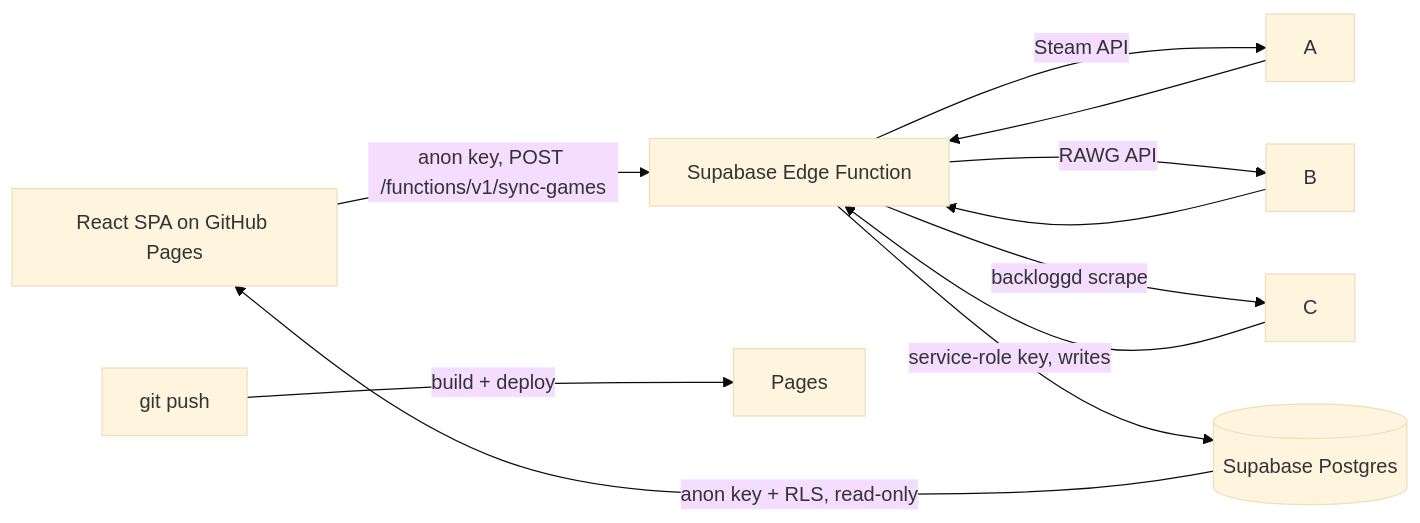
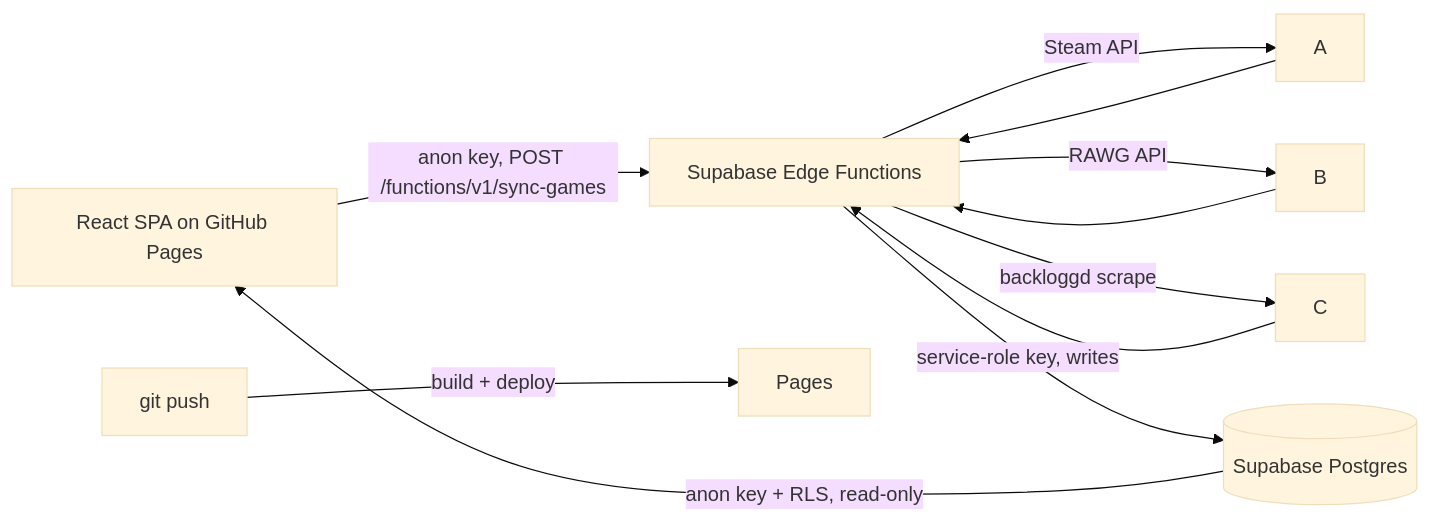
Before and after one commit to JakeSouza/Game-Backlog-Dashboard: the diagram in README.md, drawn with Mermaid (base theme). The commit also changed other lines of this file and 46 other files, not shown here.

````diff
--- a/README.md
+++ b/README.md
@@ -7,13 +7,13 @@
 ```mermaid
 flowchart LR
-  UI[React SPA on GitHub Pages] -->|anon key, POST /functions/v1/sync-games| EF[Supabase Edge Function]
+  UI[React SPA on GitHub Pages] -->|anon key, POST /functions/v1/sync-games| EF[Supabase Edge Functions]
   EF -->|Steam API| A
   EF -->|RAWG API| B
   EF -->|backloggd scrape| C
   A --> EF
   B --> EF
   C --> EF
   EF -->|service-role key, writes| DB[(Supabase Postgres)]
   DB -->|anon key + RLS, read-only| UI
   GIT[git push] -->|build + deploy| Pages
 ```
````
